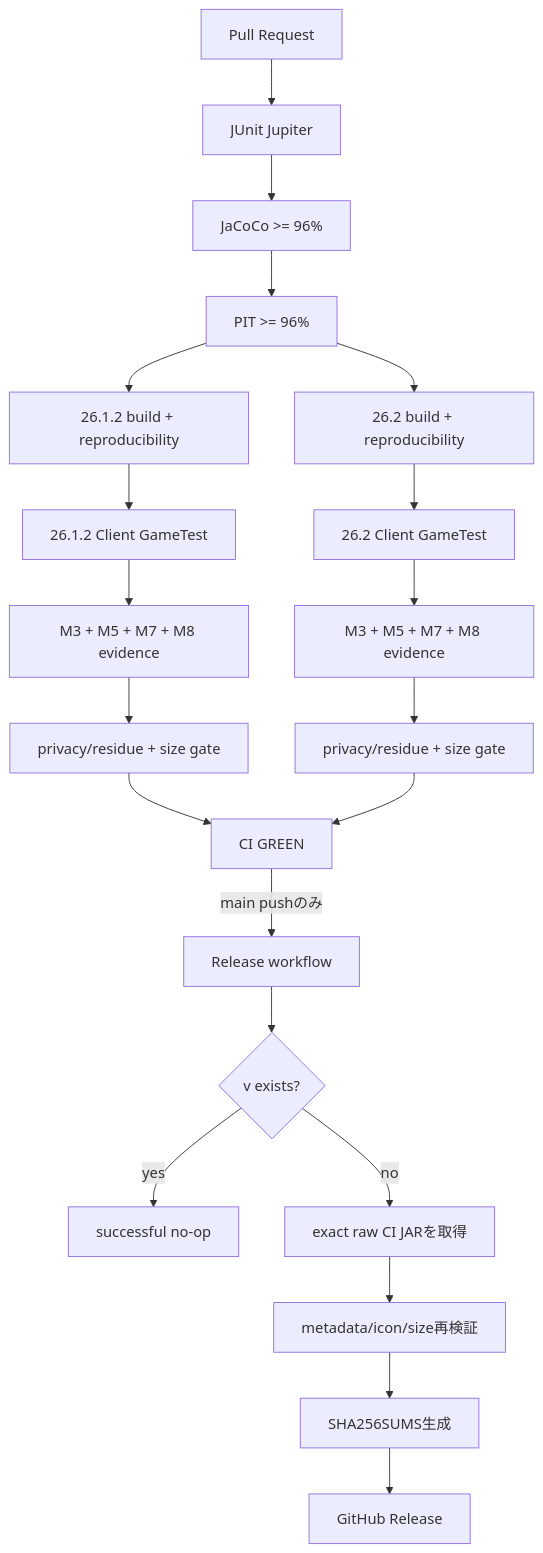
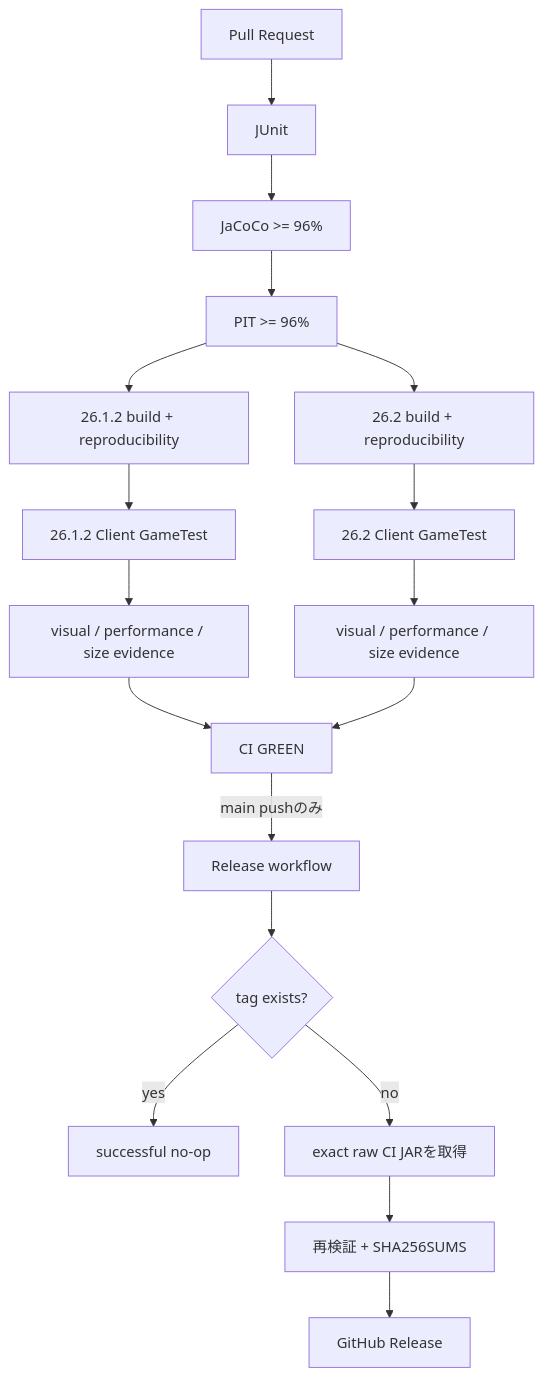
One commit to bosatsu25/BlockLens changed the fifth of 6 diagrams in README_ja.md. Above: the diagram before and after it, drawn with Mermaid. The commit also changed other lines of this file and 39 other files, not shown here.

````diff
--- a/README_ja.md
+++ b/README_ja.md
@@ -137,23 +227,20 @@
 ```mermaid
 flowchart TD
-    PR[Pull Request] --> U[JUnit Jupiter]
+    PR[Pull Request] --> U[JUnit]
     U --> J[JaCoCo >= 96%]
     J --> P[PIT >= 96%]
     P --> B1[26.1.2 build + reproducibility]
     P --> B2[26.2 build + reproducibility]
     B1 --> G1[26.1.2 Client GameTest]
     B2 --> G2[26.2 Client GameTest]
-    G1 --> E1[M3 + M5 + M7 + M8 evidence]
-    G2 --> E2[M3 + M5 + M7 + M8 evidence]
-    E1 --> A1[privacy/residue + size gate]
-    E2 --> A2[privacy/residue + size gate]
+    G1 --> A1[visual / performance / size evidence]
+    G2 --> A2[visual / performance / size evidence]
     A1 --> GREEN[CI GREEN]
     A2 --> GREEN
     GREEN -->|main pushのみ| REL[Release workflow]
-    REL --> VER{v<mod_version> exists?}
+    REL --> VER{tag exists?}
     VER -- yes --> STOP[successful no-op]
     VER -- no --> RAW[exact raw CI JARを取得]
-    RAW --> RV[metadata/icon/size再検証]
-    RV --> SHA[SHA256SUMS生成]
+    RAW --> SHA[再検証 + SHA256SUMS]
     SHA --> PUB[GitHub Release]
 ```
````
